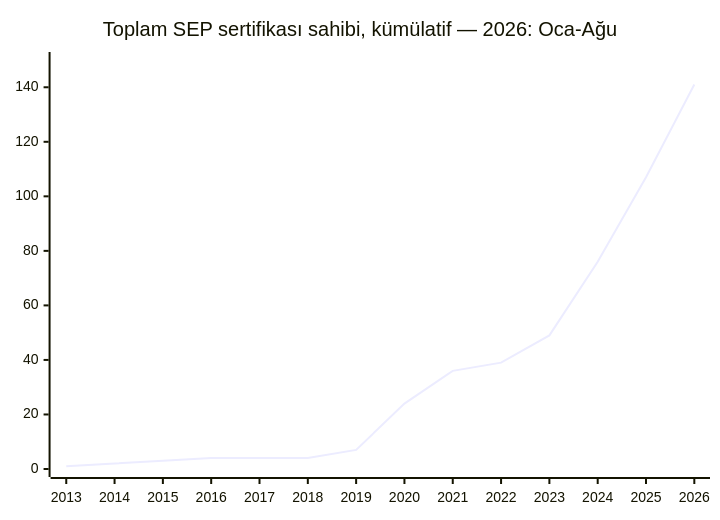
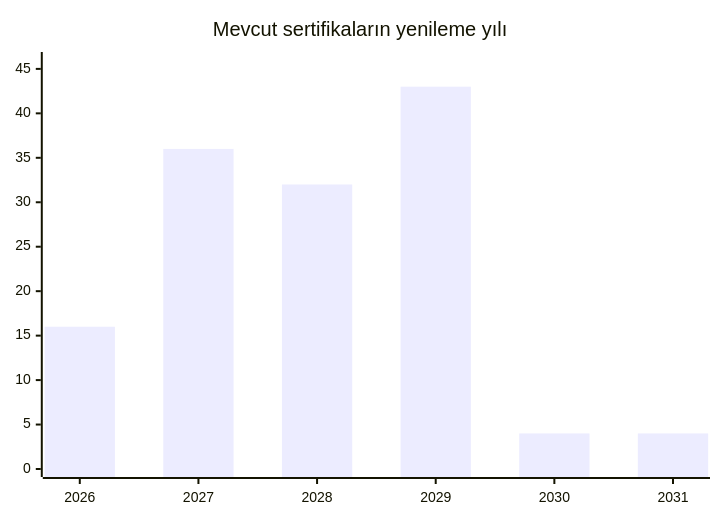
The third of 3 diagrams in _posts/2026-08-28-incose-csep-sertifikasyonu-yolculugum.md (Mavrikant/mavrikant.github.io), drawn with Mermaid before and after one commit. The commit also changed other lines of this file, not shown here.

```diff
--- a/_posts/2026-08-28-incose-csep-sertifikasyonu-yolculugum.md
+++ b/_posts/2026-08-28-incose-csep-sertifikasyonu-yolculugum.md
@@ -305,7 +317,7 @@
 <div class="mermaid">
 xychart-beta
-    title "Toplam SEP sertifikası sahibi, kümülatif — 2026: Oca-Ağu"
-    x-axis ["2013", "2014", "2015", "2016", "2017", "2018", "2019", "2020", "2021", "2022", "2023", "2024", "2025", "2026"]
-    y-axis 0 --> 150
-    line [1, 2, 3, 4, 4, 4, 7, 24, 36, 39, 49, 76, 107, 141]
+    title "Mevcut sertifikaların yenileme yılı"
+    x-axis ["2026", "2027", "2028", "2029", "2030", "2031"]
+    y-axis 0 --> 46
+    bar [16, 36, 32, 43, 4, 4]
 </div>
```
